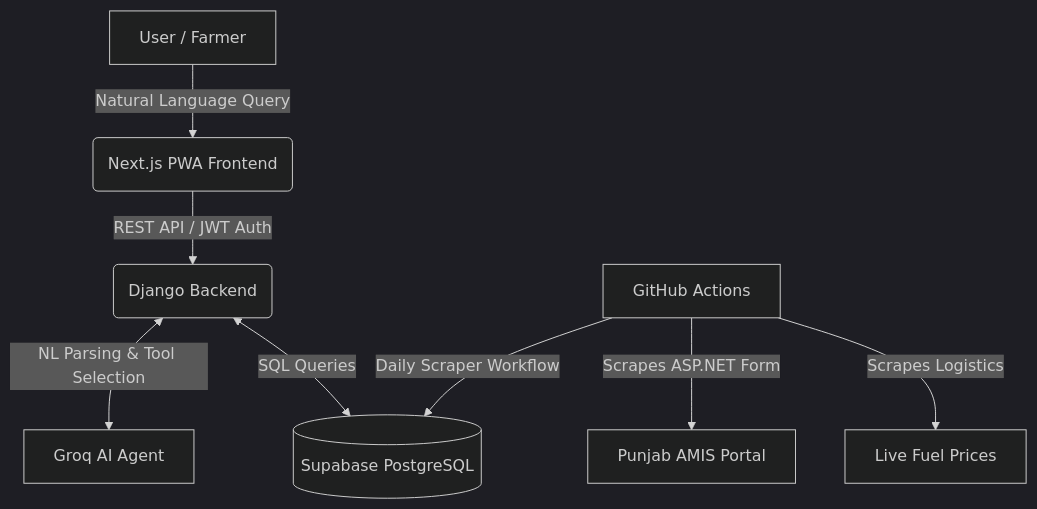
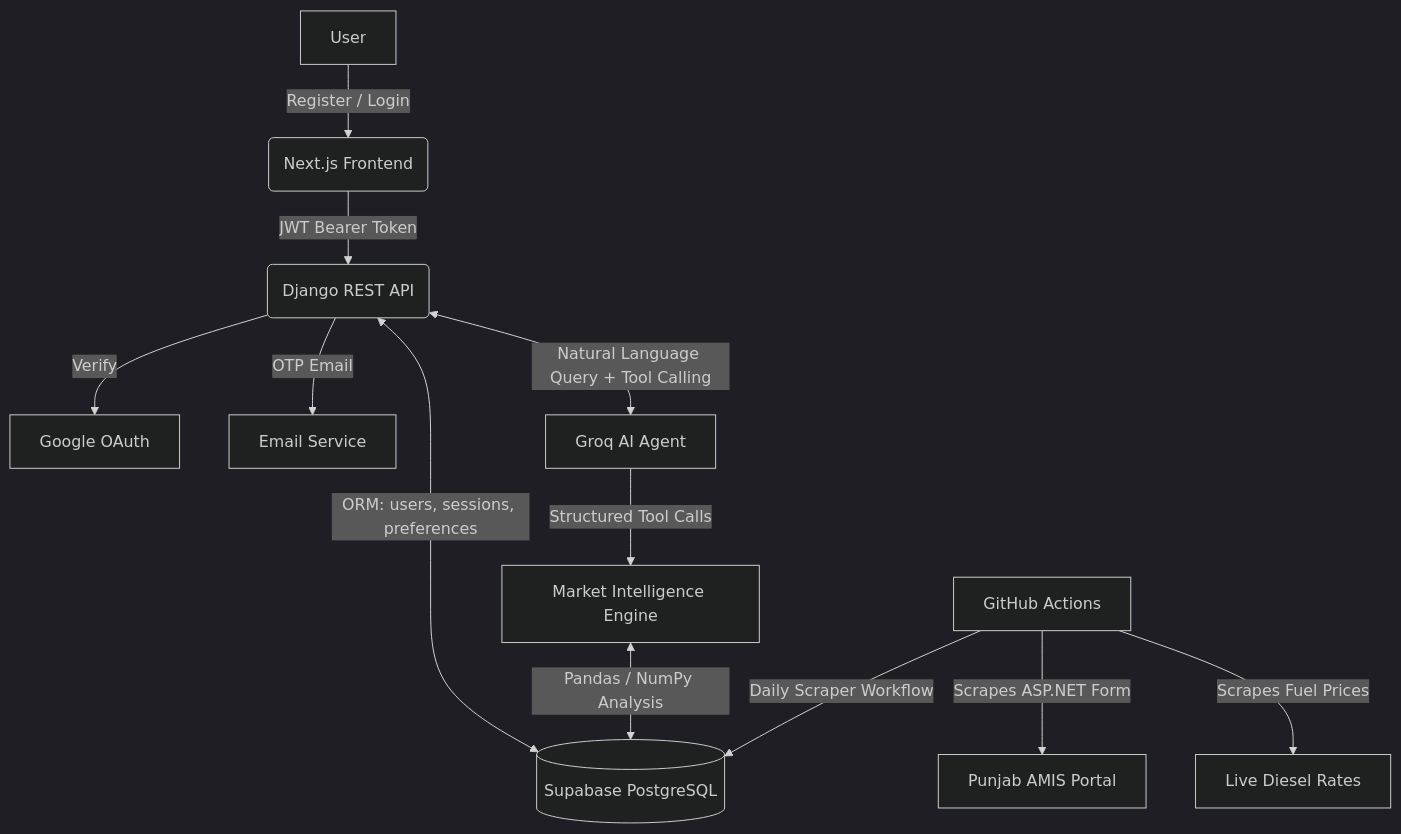
One commit to Arslan-Codes097/aims-mandi-market-intelligence changed the diagram in README.md. Above: the diagram before and after it, drawn with Mermaid (dark theme). The commit also changed other lines of this file, not shown here.

Commit message:
docs: add comprehensive project README with setup guide and API reference

````diff
--- a/README.md
+++ b/README.md
@@ -66,10 +128,14 @@
 ```mermaid
 graph TD
-    A[User / Farmer] -->|Natural Language Query| B(Next.js PWA Frontend)
-    B -->|REST API / JWT Auth| C(Django Backend)
-    C <-->|NL Parsing & Tool Selection| D[Groq AI Agent]
-    C <-->|SQL Queries| E[(Supabase PostgreSQL)]
-    F[GitHub Actions] -->|Daily Scraper Workflow| E
-    F -->|Scrapes ASP.NET Form| G[Punjab AMIS Portal]
-    F -->|Scrapes Logistics| H[Live Fuel Prices]
+    A[User] -->|Register / Login| B(Next.js Frontend)
+    B -->|JWT Bearer Token| C(Django REST API)
+    C -->|Verify| D[Google OAuth]
+    C -->|OTP Email| E[Email Service]
+    C <-->|Natural Language Query + Tool Calling| F[Groq AI Agent]
+    C <-->|ORM: users, sessions, preferences| G[(Supabase PostgreSQL)]
+    F -->|Structured Tool Calls| H[Market Intelligence Engine]
+    H <-->|Pandas / NumPy Analysis| G
+    I[GitHub Actions] -->|Daily Scraper Workflow| G
+    I -->|Scrapes ASP.NET Form| J[Punjab AMIS Portal]
+    I -->|Scrapes Fuel Prices| K[Live Diesel Rates]
 ```
````
